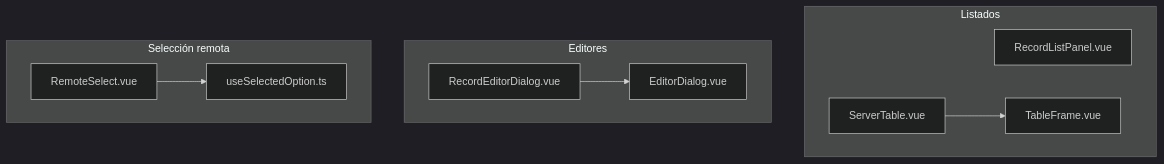
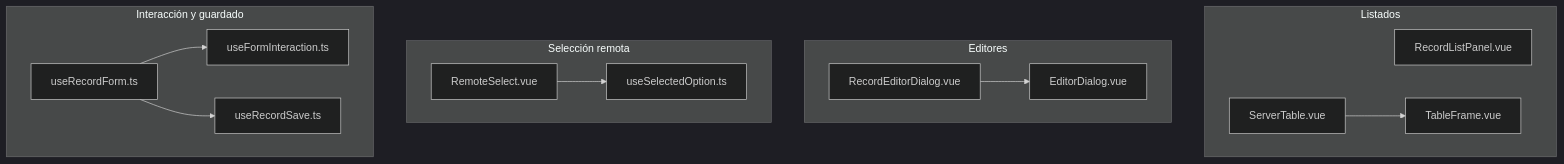
One commit to gpgsistemas01/nexus changed the diagram in front/docs/architecture/views/logical/components/08-shared-ui.md. Above: the diagram before and after it, drawn with Mermaid (dark theme). The commit also changed other lines of this file and 82 other files, not shown here.

````diff
--- a/front/docs/architecture/views/logical/components/08-shared-ui.md
+++ b/front/docs/architecture/views/logical/components/08-shared-ui.md
@@ -14,19 +15,26 @@
 ```mermaid
 flowchart TB
     subgraph list["Listados"]
         panel["RecordListPanel.vue"]
         server["ServerTable.vue"]
         table["TableFrame.vue"]
         server --> table
     end
     subgraph editor["Editores"]
         record["RecordEditorDialog.vue"]
         dialog["EditorDialog.vue"]
         record --> dialog
     end
     subgraph selection["Selección remota"]
         select["RemoteSelect.vue"]
         selected["useSelectedOption.ts"]
         select --> selected
     end
+    subgraph form["Interacción y guardado"]
+        recordForm["useRecordForm.ts"]
+        interaction["useFormInteraction.ts"]
+        save["useRecordSave.ts"]
+        recordForm --> interaction
+        recordForm --> save
+    end
 ```
````
